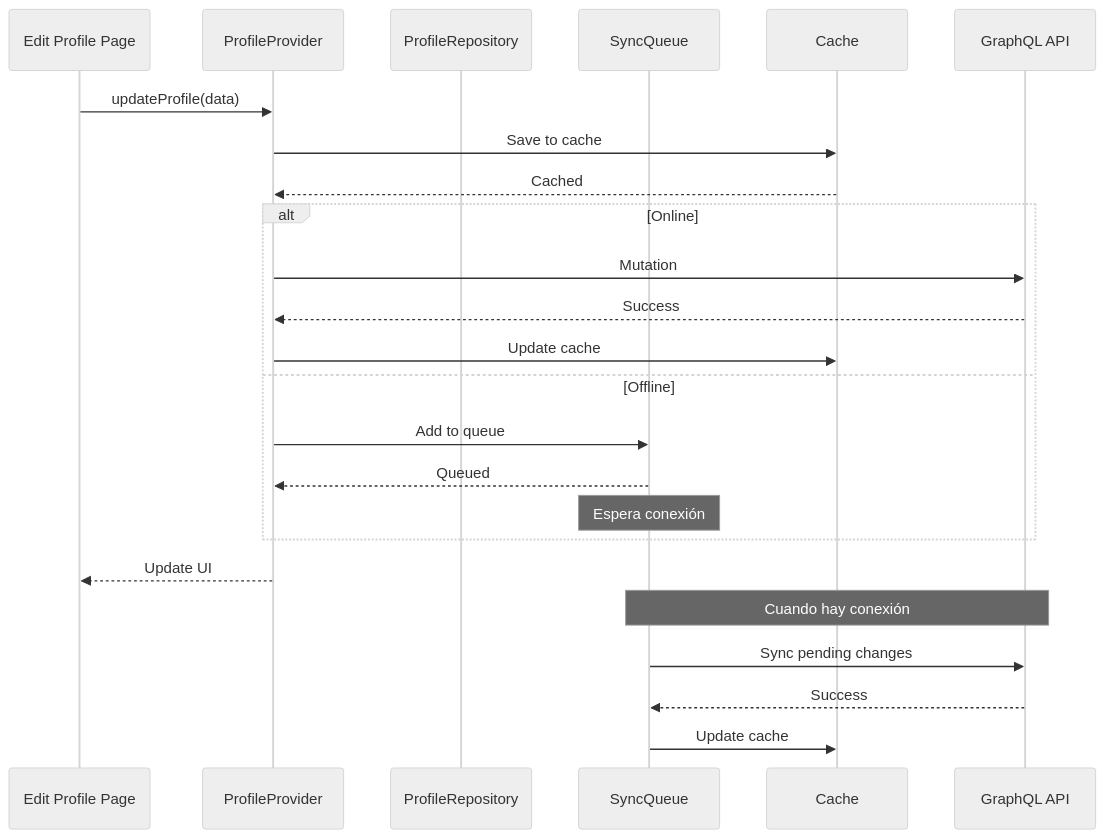
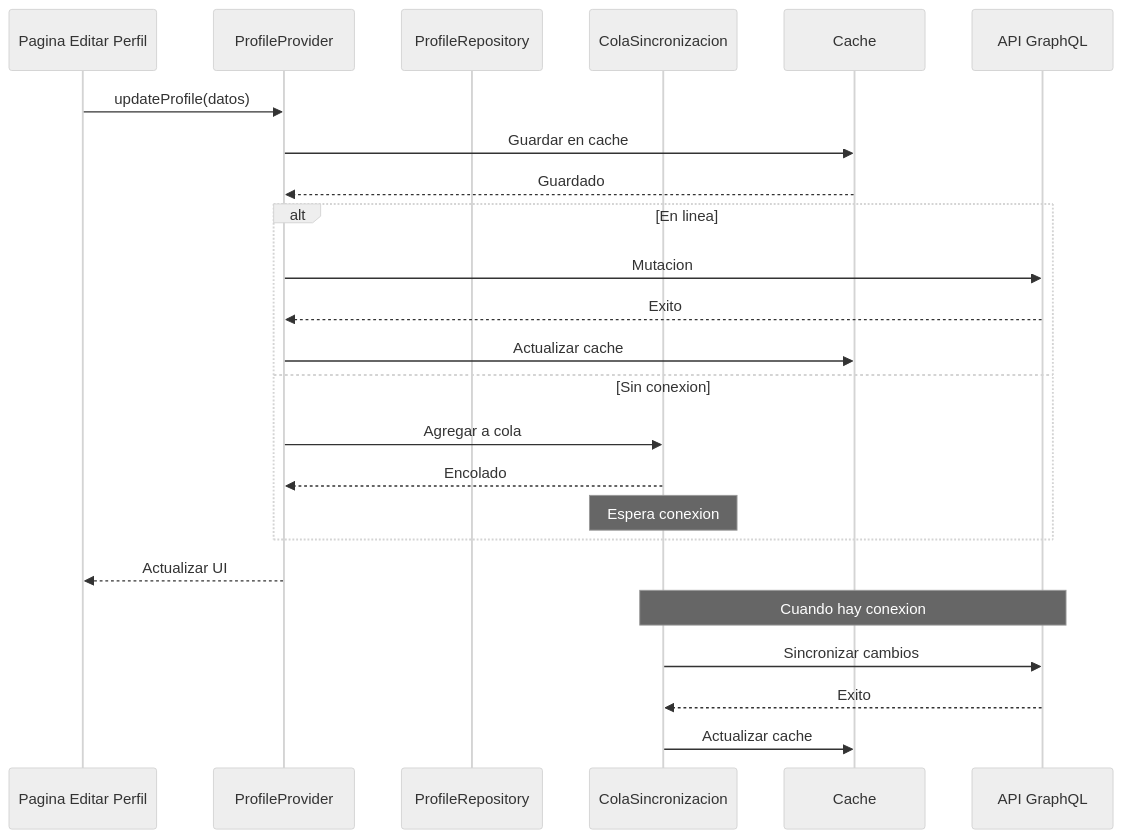
One commit to altrupets/monorepo changed the third of 6 diagrams in docs/content/docs/mobile/features.md. Above: the diagram before and after it, drawn with Mermaid (neutral theme). The commit also changed other lines of this file and 4 other files, not shown here.

First line of the commit message:
fix(docs): simplify Mermaid diagrams to resolve rendering errors

````diff
--- a/docs/content/docs/mobile/features.md
+++ b/docs/content/docs/mobile/features.md
@@ -331,30 +331,30 @@
 ```mermaid
 sequenceDiagram
-    participant UI as Edit Profile Page
+    participant UI as Pagina Editar Perfil
     participant P as ProfileProvider
     participant R as ProfileRepository
-    participant Q as SyncQueue
+    participant Q as ColaSincronizacion
     participant C as Cache
-    participant API as GraphQL API
-    
-    UI->>P: updateProfile(data)
-    P->>C: Save to cache
-    C-->>P: Cached
-    
-    alt Online
-        P->>API: Mutation
-        API-->>P: Success
-        P->>C: Update cache
-    else Offline
-        P->>Q: Add to queue
-        Q-->>P: Queued
-        Note over Q: Espera conexión
+    participant API as API GraphQL
+
+    UI->>P: updateProfile(datos)
+    P->>C: Guardar en cache
+    C-->>P: Guardado
+
+    alt En linea
+        P->>API: Mutacion
+        API-->>P: Exito
+        P->>C: Actualizar cache
+    else Sin conexion
+        P->>Q: Agregar a cola
+        Q-->>P: Encolado
+        Note over Q: Espera conexion
     end
-    
-    P-->>UI: Update UI
-    
-    Note over Q,API: Cuando hay conexión
-    Q->>API: Sync pending changes
-    API-->>Q: Success
-    Q->>C: Update cache
+
+    P-->>UI: Actualizar UI
+
+    Note over Q,API: Cuando hay conexion
+    Q->>API: Sincronizar cambios
+    API-->>Q: Exito
+    Q->>C: Actualizar cache
 ```
````
